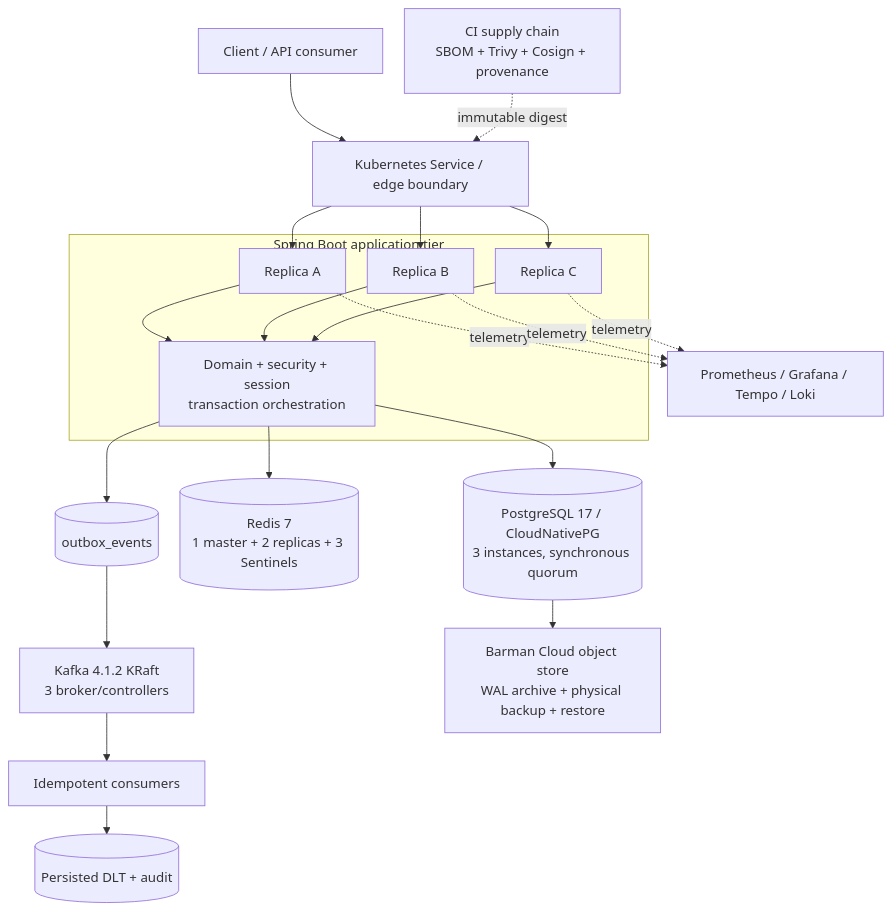
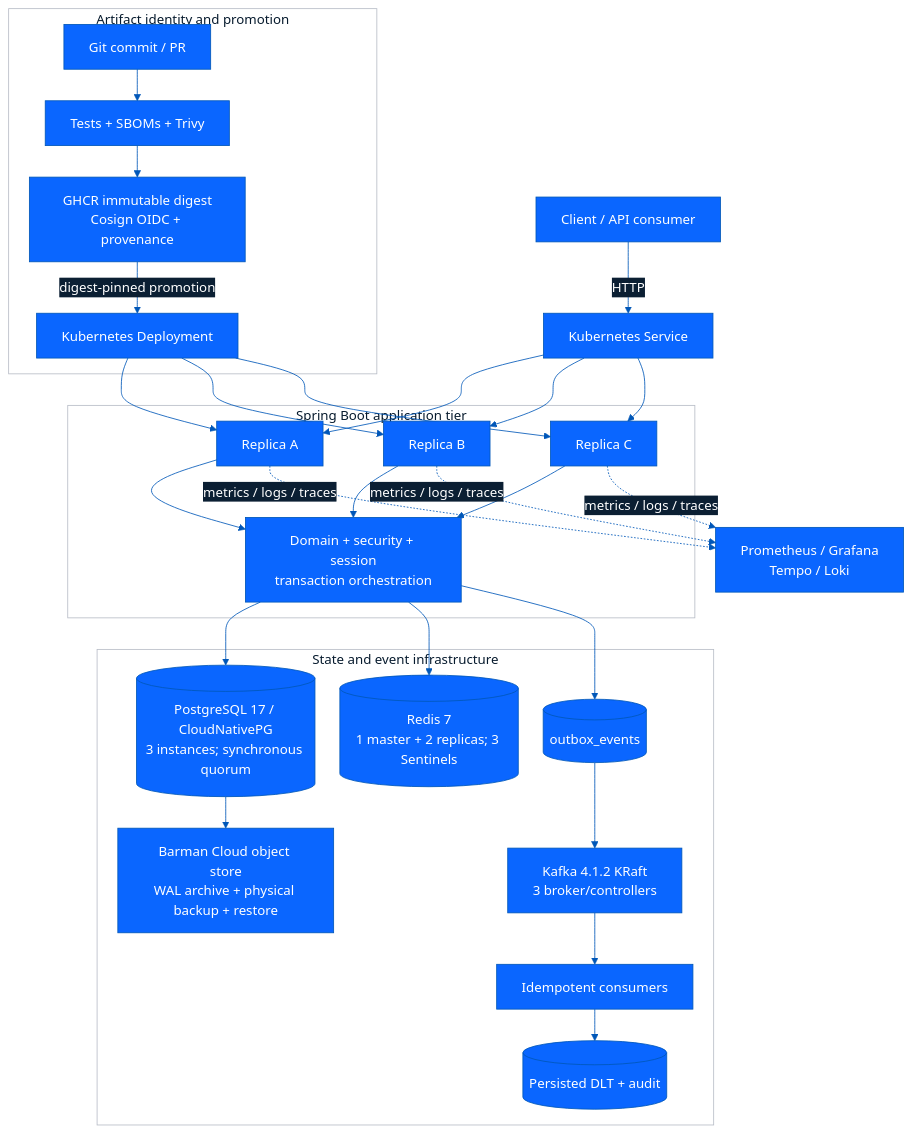
The first of 2 diagrams in README.md (ravan-chuang/spring-boot-ecommerce-backend), drawn with Mermaid before and after one commit. The commit also changed other lines of this file and 2 other files, not shown here.

Commit message:
docs: update engineering portfolio for v1.9.0

````diff
--- a/README.md
+++ b/README.md
@@ -75,34 +75,45 @@
 ```mermaid
-%%{init: {"flowchart": {"curve": "basis", "nodeSpacing": 26, "rankSpacing": 34}}}%%
+%%{init: {"theme": "base", "themeVariables": {"background": "#FFFFFF", "primaryColor": "#0A66FF", "primaryBorderColor": "#0057B8", "primaryTextColor": "#FFFFFF", "secondaryColor": "#0B1F33", "secondaryTextColor": "#FFFFFF", "tertiaryColor": "#F4F5F7", "tertiaryTextColor": "#071B2E", "lineColor": "#0057B8", "clusterBkg": "#FFFFFF", "clusterBorder": "#B8BDC7"}, "flowchart": {"curve": "basis", "nodeSpacing": 30, "rankSpacing": 38}}}%%
 flowchart TB
-    Client[Client / API consumer] --> Service[Kubernetes Service / edge boundary]
-    Supply[CI supply chain\nSBOM + Trivy + Cosign + provenance] -. immutable digest .-> Service
+    Client[Client / API consumer] -->|HTTP| Service[Kubernetes Service]
+
+    subgraph Delivery[Artifact identity and promotion]
+      Source[Git commit / PR] --> Pipeline[Tests + SBOMs + Trivy]
+      Pipeline --> Artifact[GHCR immutable digest\nCosign OIDC + provenance]
+      Artifact -->|digest-pinned promotion| Deploy[Kubernetes Deployment]
+    end
 
     subgraph App[Spring Boot application tier]
       A[Replica A]
       B[Replica B]
       C[Replica C]
       Domain[Domain + security + session\ntransaction orchestration]
       A --> Domain
       B --> Domain
       C --> Domain
     end
 
+    Deploy --> A
+    Deploy --> B
+    Deploy --> C
     Service --> A
     Service --> B
     Service --> C
 
-    Domain --> PG[(PostgreSQL 17 / CloudNativePG\n3 instances, synchronous quorum)]
-    Domain --> Redis[(Redis 7\n1 master + 2 replicas + 3 Sentinels)]
-    Domain --> Outbox[(outbox_events)]
+    subgraph State[State and event infrastructure]
+      PG[(PostgreSQL 17 / CloudNativePG\n3 instances; synchronous quorum)]
+      Redis[(Redis 7\n1 master + 2 replicas; 3 Sentinels)]
+      Outbox[(outbox_events)] --> Kafka[Kafka 4.1.2 KRaft\n3 broker/controllers]
+      Kafka --> Consumer[Idempotent consumers]
+      Consumer --> DLT[(Persisted DLT + audit)]
+      PG --> Backup[Barman Cloud object store\nWAL archive + physical backup + restore]
+    end
 
-    Outbox --> Kafka[Kafka 4.1.2 KRaft\n3 broker/controllers]
-    Kafka --> Consumer[Idempotent consumers]
-    Consumer --> DLT[(Persisted DLT + audit)]
+    Domain --> PG
+    Domain --> Redis
+    Domain --> Outbox
 
-    PG --> Backup[Barman Cloud object store\nWAL archive + physical backup + restore]
-
-    A -. telemetry .-> Obs[Prometheus / Grafana / Tempo / Loki]
-    B -. telemetry .-> Obs
-    C -. telemetry .-> Obs
+    A -. metrics / logs / traces .-> Obs[Prometheus / Grafana\nTempo / Loki]
+    B -. metrics / logs / traces .-> Obs
+    C -. metrics / logs / traces .-> Obs
 ```
````
